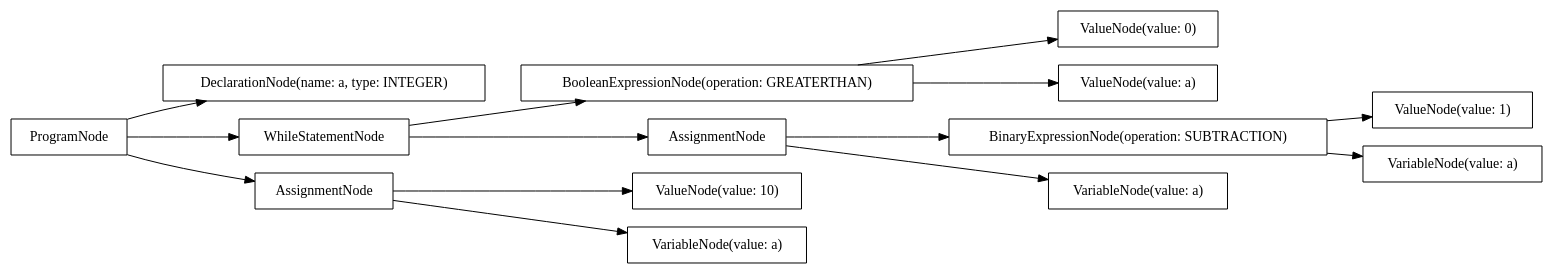
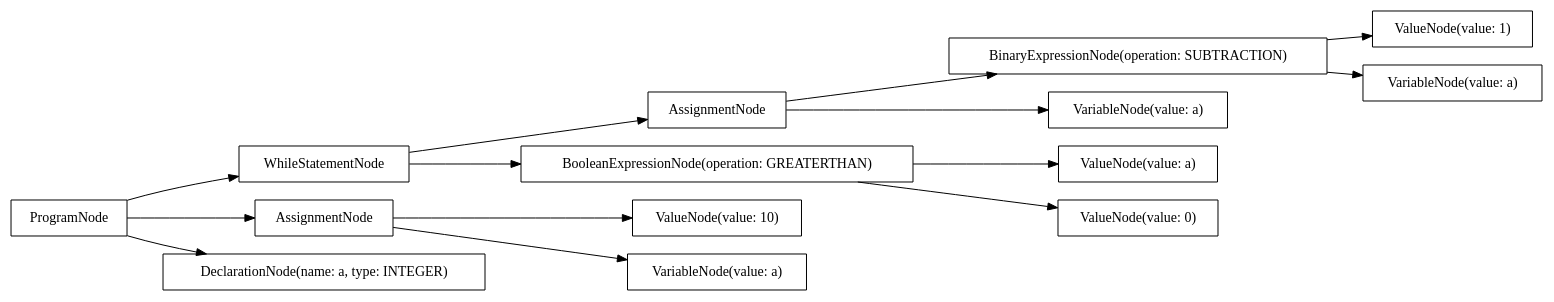
The diagram in src/output/dot/example-while.dot (AtLeastITry/ANTLR-Python-Compiler), drawn with Graphviz before and after one commit. The commit also changed 34 other files, not shown here.

```diff
--- a/src/output/dot/example-while.dot
+++ b/src/output/dot/example-while.dot
@@ -1,30 +1,30 @@
 digraph G {
 rankdir=LR
-"227fe299-b321-48e9-9c8e-7121fb2c50cc" [label="ValueNode(value: 1)" shape="box"];
-"bc8f5c86-d48c-49e9-918b-f3e98739f6b2" [label="ProgramNode" shape="box"];
-"9a057fdc-169d-48f2-ab59-932462fa9e54" [label="DeclarationNode(name: a, type: INTEGER)" shape="box"];
-"02002776-dda7-414d-bd12-f5ffffb24f85" [label="ValueNode(value: 0)" shape="box"];
-"b5887d69-dd4e-4934-b983-267a735caab6" [label="WhileStatementNode" shape="box"];
-"2d3cc2cd-ae48-46d7-891f-5ad7c2c3f64f" [label="ValueNode(value: a)" shape="box"];
-"1ce151d4-155f-4248-8ec8-fffbd377d04a" [label="ValueNode(value: 10)" shape="box"];
-"4f5bfb7d-80dc-49a4-ae9b-c866ff81342f" [label="VariableNode(value: a)" shape="box"];
-"cd7dc36a-8f9c-4256-9618-d1a18e46e2ad" [label="BooleanExpressionNode(operation: GREATERTHAN)" shape="box"];
-"71623691-0ab2-4867-90df-bd3b3f9ede04" [label="AssignmentNode" shape="box"];
-"2a7a31db-2eed-47eb-baa5-7a01dac74f7e" [label="AssignmentNode" shape="box"];
-"3c033031-bced-4898-8400-1460a01ba9e6" [label="BinaryExpressionNode(operation: SUBTRACTION)" shape="box"];
-"f9e12390-691e-4d4a-80d8-69e3fda04b85" [label="VariableNode(value: a)" shape="box"];
-"f0808ed6-e32b-452d-aa1d-49ae31609a5d" [label="VariableNode(value: a)" shape="box"];
-"bc8f5c86-d48c-49e9-918b-f3e98739f6b2" -> "9a057fdc-169d-48f2-ab59-932462fa9e54";
-"bc8f5c86-d48c-49e9-918b-f3e98739f6b2" -> "2a7a31db-2eed-47eb-baa5-7a01dac74f7e";
-"2a7a31db-2eed-47eb-baa5-7a01dac74f7e" -> "f9e12390-691e-4d4a-80d8-69e3fda04b85";
-"2a7a31db-2eed-47eb-baa5-7a01dac74f7e" -> "1ce151d4-155f-4248-8ec8-fffbd377d04a";
-"bc8f5c86-d48c-49e9-918b-f3e98739f6b2" -> "b5887d69-dd4e-4934-b983-267a735caab6";
-"b5887d69-dd4e-4934-b983-267a735caab6" -> "cd7dc36a-8f9c-4256-9618-d1a18e46e2ad";
-"cd7dc36a-8f9c-4256-9618-d1a18e46e2ad" -> "2d3cc2cd-ae48-46d7-891f-5ad7c2c3f64f";
-"cd7dc36a-8f9c-4256-9618-d1a18e46e2ad" -> "02002776-dda7-414d-bd12-f5ffffb24f85";
-"b5887d69-dd4e-4934-b983-267a735caab6" -> "71623691-0ab2-4867-90df-bd3b3f9ede04";
-"71623691-0ab2-4867-90df-bd3b3f9ede04" -> "f0808ed6-e32b-452d-aa1d-49ae31609a5d";
-"71623691-0ab2-4867-90df-bd3b3f9ede04" -> "3c033031-bced-4898-8400-1460a01ba9e6";
-"3c033031-bced-4898-8400-1460a01ba9e6" -> "4f5bfb7d-80dc-49a4-ae9b-c866ff81342f";
-"3c033031-bced-4898-8400-1460a01ba9e6" -> "227fe299-b321-48e9-9c8e-7121fb2c50cc";
+"4b9d3376-4339-4819-8508-64c5704bcbad" [label="ValueNode(value: 10)" shape="box"];
+"2e5bbf99-fe2d-4730-8adc-d81fab1ca921" [label="ValueNode(value: a)" shape="box"];
+"bd83e411-2f6f-433b-8981-5f0992b2297e" [label="AssignmentNode" shape="box"];
+"828a7430-be40-4c78-a250-20ba503a9cf1" [label="ValueNode(value: 1)" shape="box"];
+"9e694b2e-c2d2-4aaa-85ff-b1cdeeb252fb" [label="VariableNode(value: a)" shape="box"];
+"3c8a81e2-6411-48e6-9604-d897fc09472d" [label="WhileStatementNode" shape="box"];
+"d241dc93-9639-4432-b269-a4b5475d12d0" [label="BooleanExpressionNode(operation: GREATERTHAN)" shape="box"];
+"175077ef-93c5-4210-b073-8bb82c56195a" [label="BinaryExpressionNode(operation: SUBTRACTION)" shape="box"];
+"01cfab37-65d1-4d8c-a4fb-e5ced186c198" [label="ProgramNode" shape="box"];
+"baca67e5-47d2-4178-b3a1-5846c96278d2" [label="ValueNode(value: 0)" shape="box"];
+"1a311106-de73-438c-b9a0-a48a5ae1a450" [label="AssignmentNode" shape="box"];
+"21e612f4-0122-40c0-ae49-ce6747859c8d" [label="DeclarationNode(name: a, type: INTEGER)" shape="box"];
+"70935fbe-719a-4dde-a27d-84f844cfd95a" [label="VariableNode(value: a)" shape="box"];
+"c4291c1d-f25e-4f8c-bdcb-4590934b9c6c" [label="VariableNode(value: a)" shape="box"];
+"01cfab37-65d1-4d8c-a4fb-e5ced186c198" -> "21e612f4-0122-40c0-ae49-ce6747859c8d";
+"01cfab37-65d1-4d8c-a4fb-e5ced186c198" -> "1a311106-de73-438c-b9a0-a48a5ae1a450";
+"1a311106-de73-438c-b9a0-a48a5ae1a450" -> "70935fbe-719a-4dde-a27d-84f844cfd95a";
+"1a311106-de73-438c-b9a0-a48a5ae1a450" -> "4b9d3376-4339-4819-8508-64c5704bcbad";
+"01cfab37-65d1-4d8c-a4fb-e5ced186c198" -> "3c8a81e2-6411-48e6-9604-d897fc09472d";
+"3c8a81e2-6411-48e6-9604-d897fc09472d" -> "d241dc93-9639-4432-b269-a4b5475d12d0";
+"d241dc93-9639-4432-b269-a4b5475d12d0" -> "2e5bbf99-fe2d-4730-8adc-d81fab1ca921";
+"d241dc93-9639-4432-b269-a4b5475d12d0" -> "baca67e5-47d2-4178-b3a1-5846c96278d2";
+"3c8a81e2-6411-48e6-9604-d897fc09472d" -> "bd83e411-2f6f-433b-8981-5f0992b2297e";
+"bd83e411-2f6f-433b-8981-5f0992b2297e" -> "c4291c1d-f25e-4f8c-bdcb-4590934b9c6c";
+"bd83e411-2f6f-433b-8981-5f0992b2297e" -> "175077ef-93c5-4210-b073-8bb82c56195a";
+"175077ef-93c5-4210-b073-8bb82c56195a" -> "9e694b2e-c2d2-4aaa-85ff-b1cdeeb252fb";
+"175077ef-93c5-4210-b073-8bb82c56195a" -> "828a7430-be40-4c78-a250-20ba503a9cf1";
 }
```
